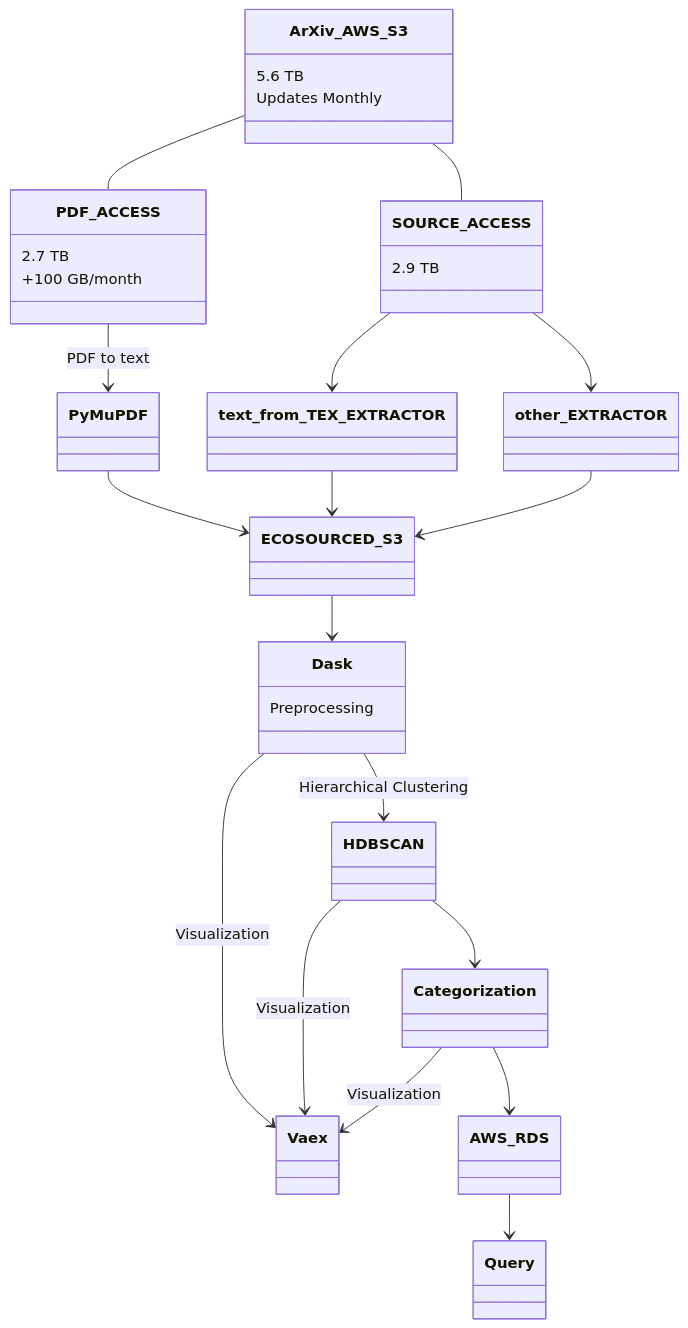
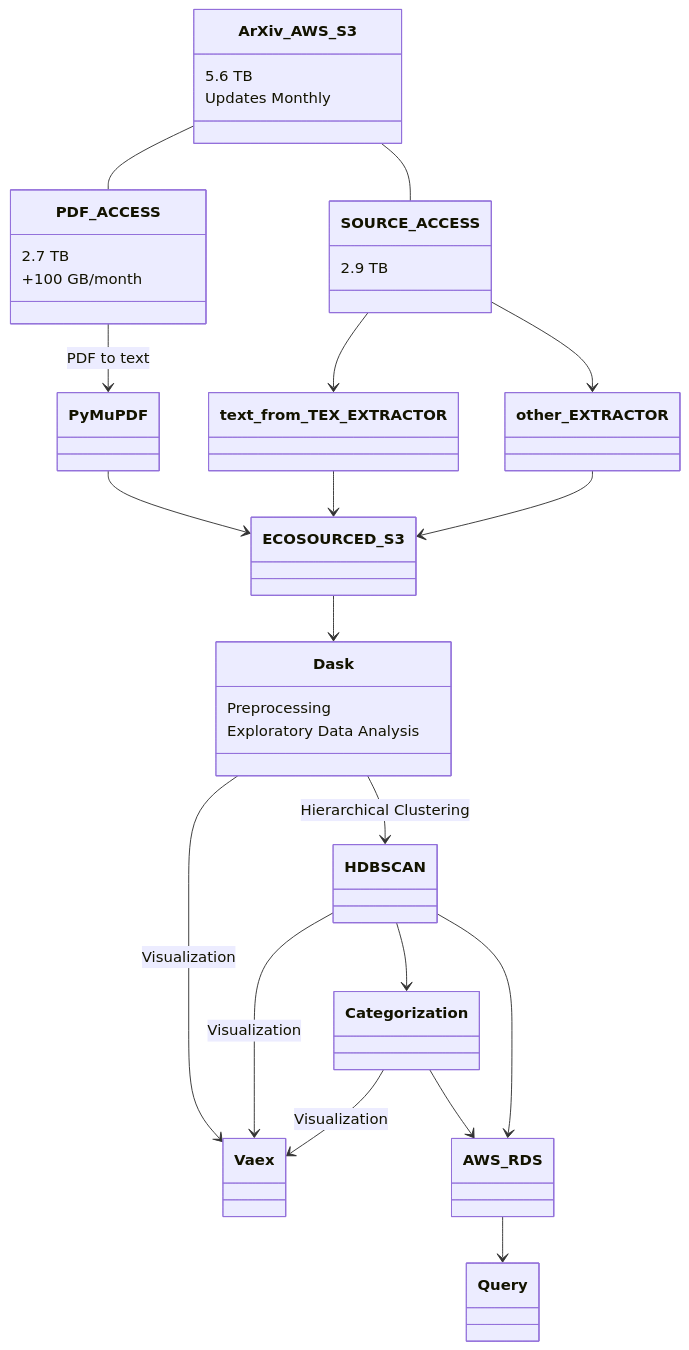
The diagram in README.md (branisk/Eco-Sourced), drawn with Mermaid before and after one commit.

````diff
--- a/README.md
+++ b/README.md
@@ -25,34 +25,36 @@
 ```mermaid
 
 classDiagram
     class ArXiv_AWS_S3 {
         5.6 TB
         Updates Monthly
     }
     class PDF_ACCESS {
         2.7 TB
         +100 GB/month
     }
     class SOURCE_ACCESS {
         2.9 TB
     }
     class Dask {
         Preprocessing
+        Exploratory Data Analysis
     }
     ArXiv_AWS_S3 -- PDF_ACCESS
     ArXiv_AWS_S3 -- SOURCE_ACCESS
     PDF_ACCESS --> PyMuPDF: PDF to text
     SOURCE_ACCESS --> text_from_TEX_EXTRACTOR
     SOURCE_ACCESS --> other_EXTRACTOR
     text_from_TEX_EXTRACTOR --> ECOSOURCED_S3
     PyMuPDF --> ECOSOURCED_S3
     other_EXTRACTOR --> ECOSOURCED_S3
     ECOSOURCED_S3 --> Dask
     Dask --> Vaex: Visualization
     Dask --> HDBSCAN: Hierarchical Clustering
     HDBSCAN --> Vaex: Visualization
     HDBSCAN --> Categorization
+    HDBSCAN --> AWS_RDS
     Categorization --> Vaex: Visualization
     Categorization --> AWS_RDS
     AWS_RDS --> Query
 ```
````
